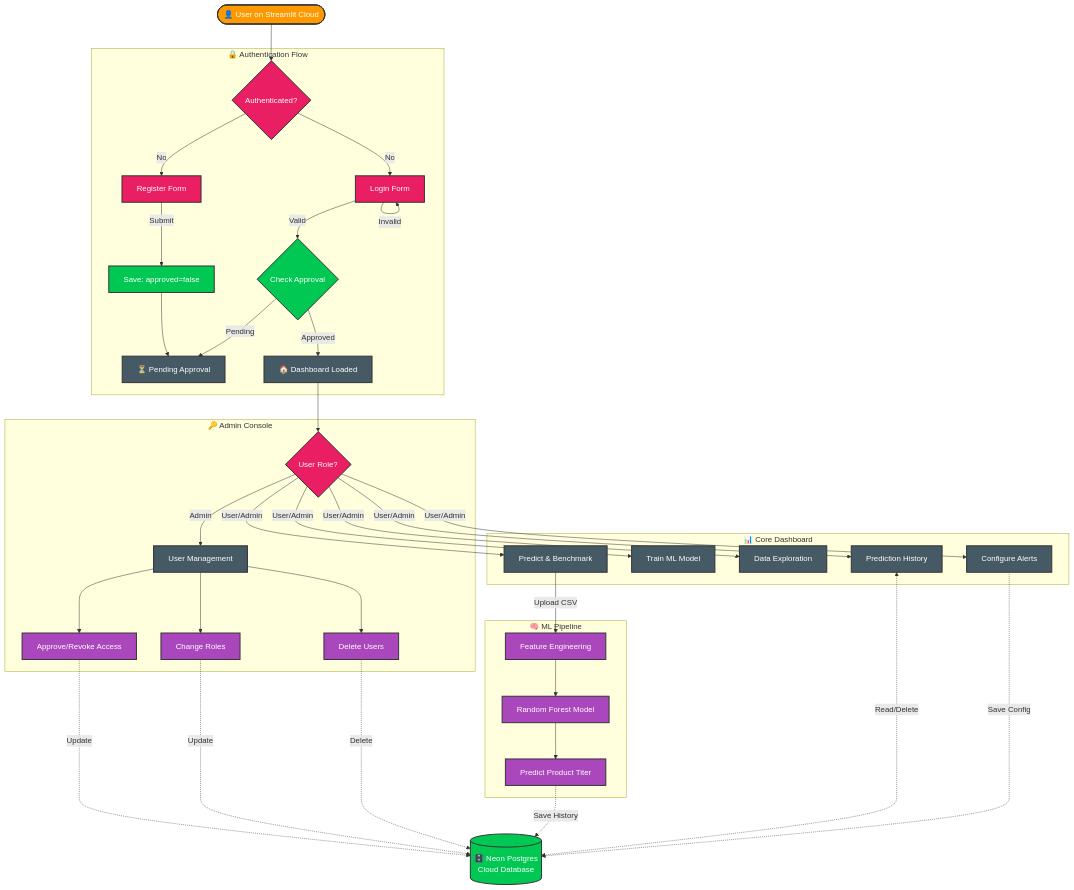
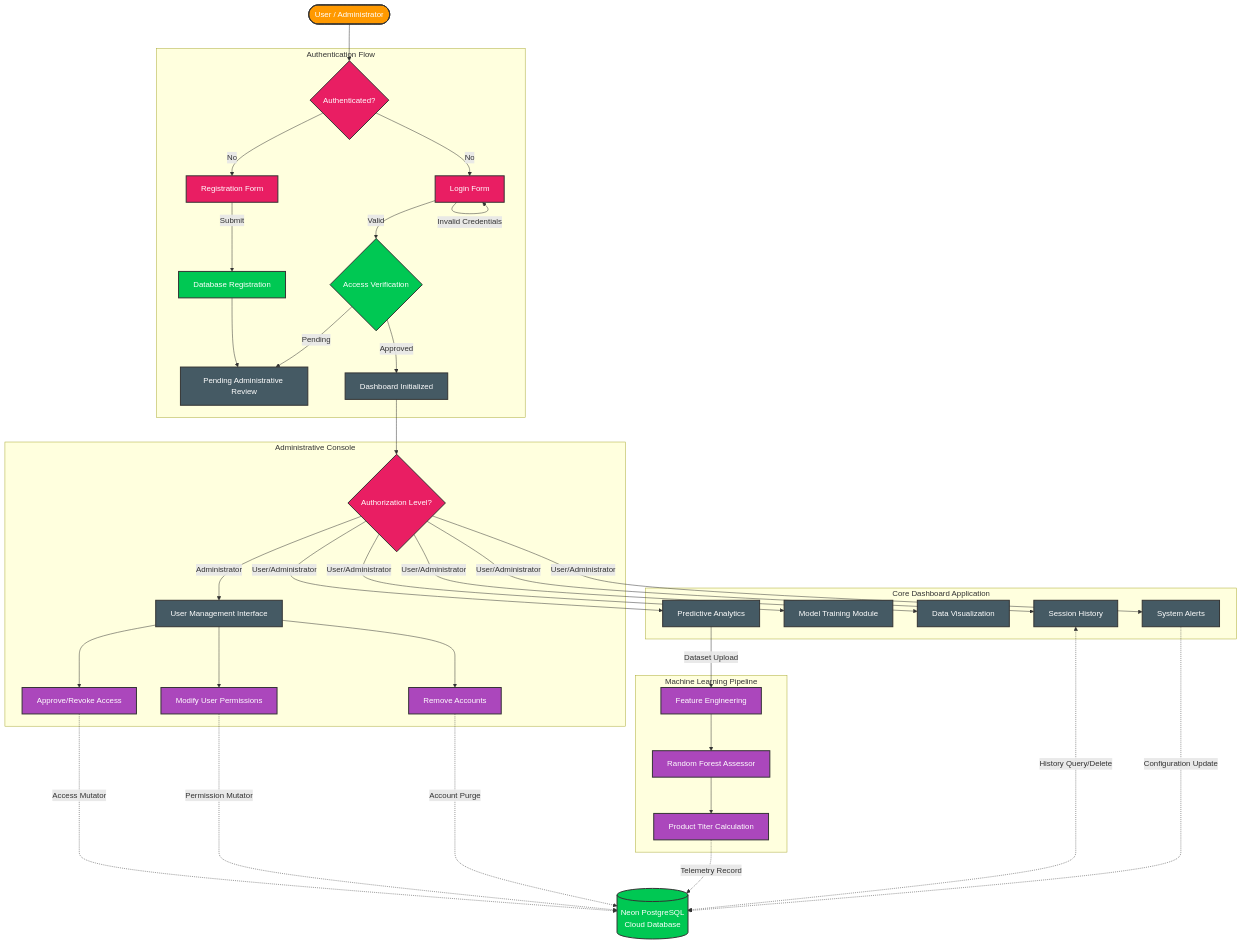
Before and after one commit to nellurisairam/BioNexus-ML: the diagram in README.md, drawn with Mermaid. The commit also changed other lines of this file, not shown here.

````diff
--- a/README.md
+++ b/README.md
@@ -18,58 +18,58 @@
 ```mermaid
 flowchart TD
     %% Styling
     classDef user fill:#ff9900,stroke:#333,stroke-width:2px,color:#fff
     classDef auth fill:#e91e63,stroke:#333,stroke-width:2px,color:#fff
     classDef db fill:#00c853,stroke:#333,stroke-width:2px,color:#fff
     classDef cloud fill:#29b6f6,stroke:#333,stroke-width:2px,color:#000
     classDef action fill:#ab47bc,stroke:#333,stroke-width:2px,color:#fff
     classDef page fill:#455a64,stroke:#333,stroke-width:2px,color:#fff
 
-    A([👤 User on Streamlit Cloud]):::user --> B{Authenticated?}:::auth
+    A([User / Administrator]):::user --> B{Authenticated?}:::auth
 
-    subgraph Auth ["🔒 Authentication Flow"]
+    subgraph Auth ["Authentication Flow"]
         B -- "No" --> C[Login Form]:::auth
-        C -- "Invalid" --> C
+        C -- "Invalid Credentials" --> C
         
-        B -- "No" --> D[Register Form]:::auth
-        D -- "Submit" --> E[Save: approved=false]:::db
-        E --> F[⏳ Pending Approval]:::page
+        B -- "No" --> D[Registration Form]:::auth
+        D -- "Submit" --> E[Database Registration]:::db
+        E --> F[Pending Administrative Review]:::page
         
-        C -- "Valid" --> G{Check Approval}:::db
+        C -- "Valid" --> G{Access Verification}:::db
         G -- "Pending" --> F
-        G -- "Approved" --> H[🏠 Dashboard Loaded]:::page
+        G -- "Approved" --> H[Dashboard Initialized]:::page
     end
 
-    H --> I{User Role?}:::auth
+    H --> I{Authorization Level?}:::auth
 
-    subgraph Admin ["🔑 Admin Console"]
-        I -- "Admin" --> J[User Management]:::page
+    subgraph Admin ["Administrative Console"]
+        I -- "Administrator" --> J[User Management Interface]:::page
         J --> K[Approve/Revoke Access]:::action
-        J --> L[Change Roles]:::action
-        J --> M[Delete Users]:::action
+        J --> L[Modify User Permissions]:::action
+        J --> M[Remove Accounts]:::action
     end
 
-    subgraph App ["📊 Core Dashboard"]
-        I -- "User/Admin" --> N[Predict & Benchmark]:::page
-        I -- "User/Admin" --> O[Train ML Model]:::page
-        I -- "User/Admin" --> P[Data Exploration]:::page
-        I -- "User/Admin" --> Q[Prediction History]:::page
-        I -- "User/Admin" --> R[Configure Alerts]:::page
+    subgraph App ["Core Dashboard Application"]
+        I -- "User/Administrator" --> N[Predictive Analytics]:::page
+        I -- "User/Administrator" --> O[Model Training Module]:::page
+        I -- "User/Administrator" --> P[Data Visualization]:::page
+        I -- "User/Administrator" --> Q[Session History]:::page
+        I -- "User/Administrator" --> R[System Alerts]:::page
     end
 
-    subgraph ML ["🧠 ML Pipeline"]
-        N -- "Upload CSV" --> S[Feature Engineering]:::action
-        S --> T[Random Forest Model]:::action
-        T --> U[Predict Product Titer]:::action
+    subgraph ML ["Machine Learning Pipeline"]
+        N -- "Dataset Upload" --> S[Feature Engineering]:::action
+        S --> T[Random Forest Assessor]:::action
+        T --> U[Product Titer Calculation]:::action
     end
 
-    DB[(🗄️ Neon Postgres\nCloud Database)]:::db
+    DB[(Neon PostgreSQL\nCloud Database)]:::db
 
-    %% Database Data Flow
-    K -.->|Update| DB
-    L -.->|Update| DB
-    M -.->|Delete| DB
-    U -.->|Save History| DB
-    Q <.->|Read/Delete| DB
-    R -.->|Save Config| DB
+    %% Data Flow Dependencies
+    K -.->|Access Mutator| DB
+    L -.->|Permission Mutator| DB
+    M -.->|Account Purge| DB
+    U -.->|Telemetry Record| DB
+    Q <.->|History Query/Delete| DB
+    R -.->|Configuration Update| DB
 ```
````
